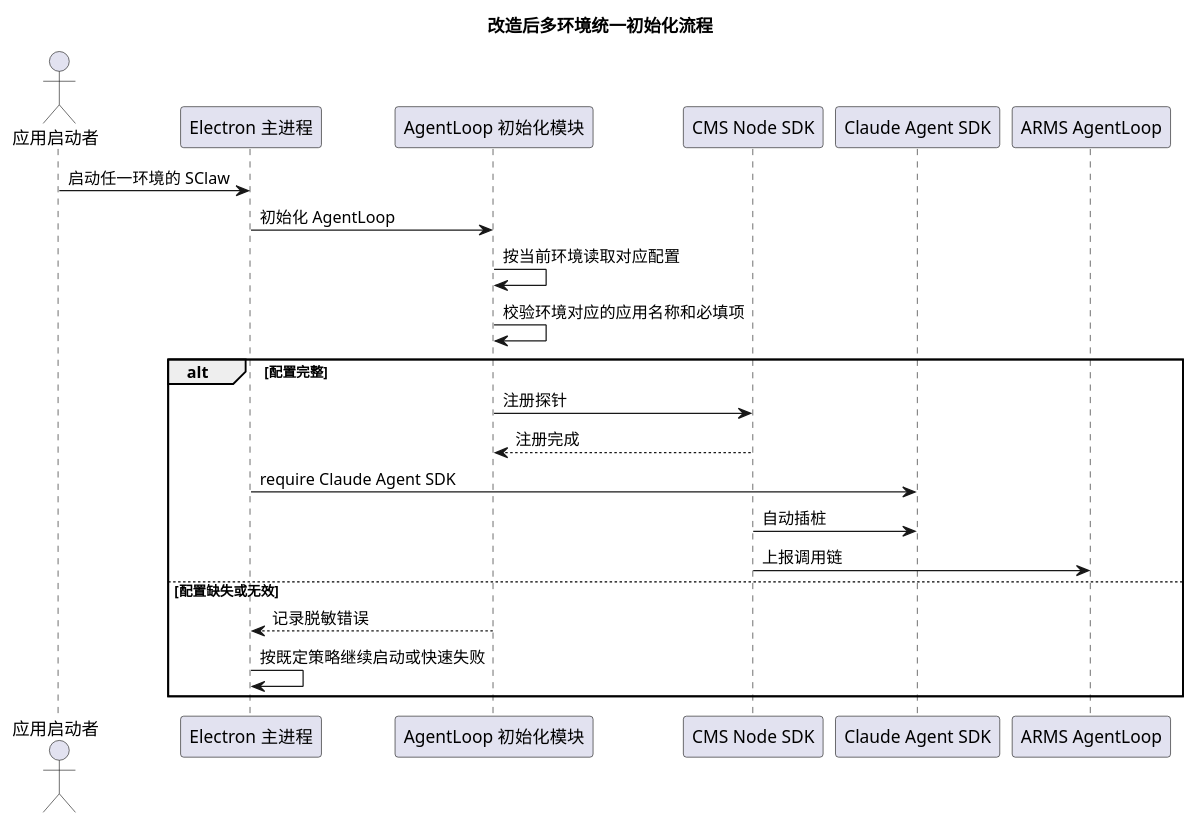
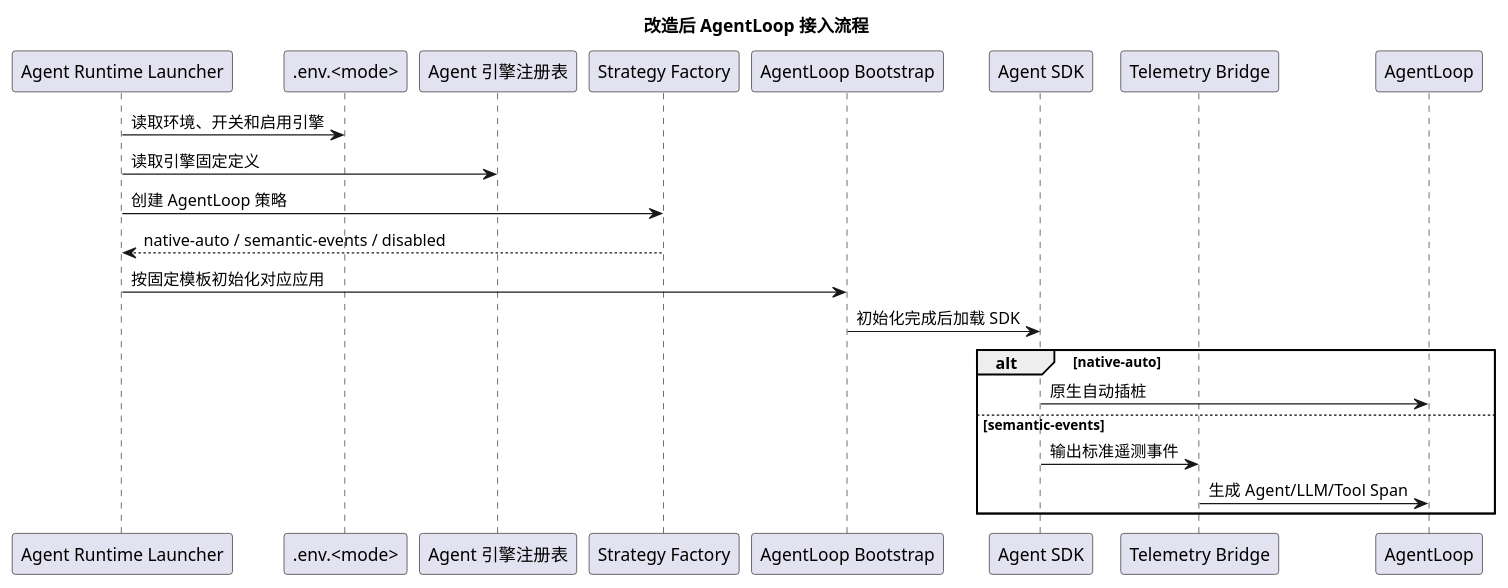
One commit to snecjk/sclaw changed the second of 2 diagrams in 系统分析文档.md. Above: the diagram before and after it, drawn with PlantUML. The commit also changed other lines of this file and 5 other files, not shown here.

````diff
--- a/系统分析文档.md
+++ b/系统分析文档.md
@@ -100,26 +71,26 @@
 ```plantuml
 @startuml
-title 改造后多环境统一初始化流程
-actor "应用启动者" as User
-participant "Electron 主进程" as Main
-participant "AgentLoop 初始化模块" as Bootstrap
-participant "CMS Node SDK" as CMS
-participant "Claude Agent SDK" as Claude
-participant "ARMS AgentLoop" as AgentLoop
+title 改造后 AgentLoop 接入流程
+participant "Agent Runtime Launcher" as Launcher
+participant ".env.<mode>" as Env
+participant "Agent 引擎注册表" as Registry
+participant "Strategy Factory" as Factory
+participant "AgentLoop Bootstrap" as Bootstrap
+participant "Agent SDK" as SDK
+participant "Telemetry Bridge" as Bridge
+participant "AgentLoop" as AgentLoop
 
-User -> Main: 启动任一环境的 SClaw
-Main -> Bootstrap: 初始化 AgentLoop
-Bootstrap -> Bootstrap: 按当前环境读取对应配置
-Bootstrap -> Bootstrap: 校验环境对应的应用名称和必填项
-alt 配置完整
-  Bootstrap -> CMS: 注册探针
-  CMS --> Bootstrap: 注册完成
-  Main -> Claude: require Claude Agent SDK
-  CMS -> Claude: 自动插桩
-  CMS -> AgentLoop: 上报调用链
-else 配置缺失或无效
-  Bootstrap --> Main: 记录脱敏错误
-  Main -> Main: 按既定策略继续启动或快速失败
+Launcher -> Env: 读取环境、开关和启用引擎
+Launcher -> Registry: 读取引擎固定定义
+Launcher -> Factory: 创建 AgentLoop 策略
+Factory --> Launcher: native-auto / semantic-events / disabled
+Launcher -> Bootstrap: 按固定模板初始化对应应用
+Bootstrap -> SDK: 初始化完成后加载 SDK
+alt native-auto
+  SDK -> AgentLoop: 原生自动插桩
+else semantic-events
+  SDK -> Bridge: 输出标准遥测事件
+  Bridge -> AgentLoop: 生成 Agent/LLM/Tool Span
 end
 @enduml
 ```
````
